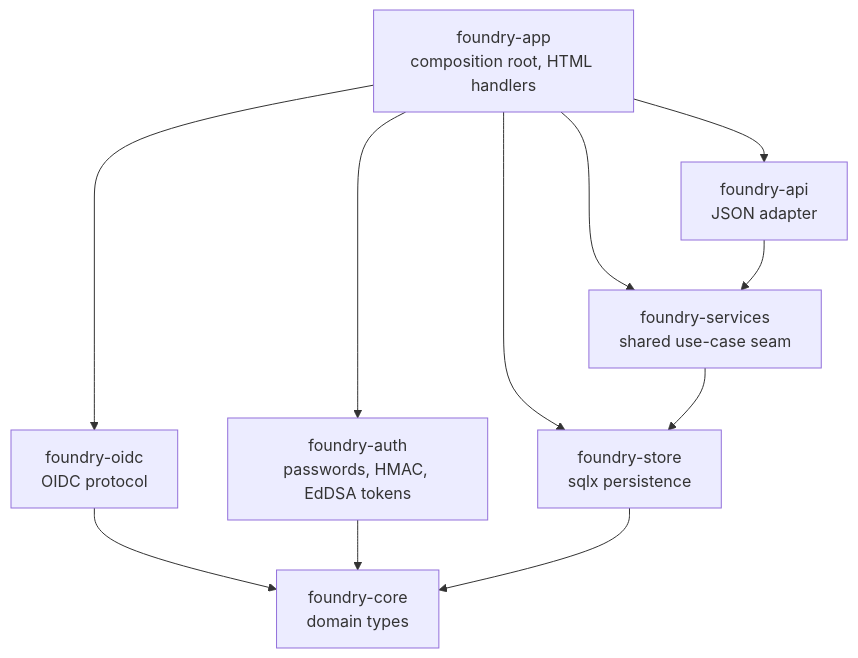
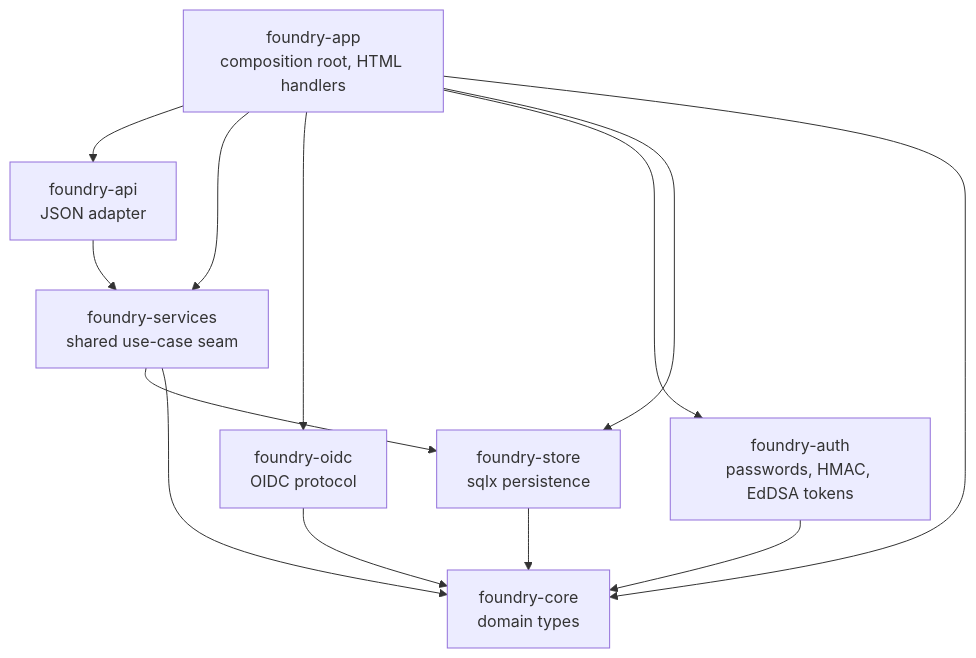
One commit to Canzan/foundry changed the first of 6 diagrams in docs/product/architecture/brief.md. Above: the diagram before and after it, drawn with Mermaid. The commit also changed other lines of this file and 18 other files, not shown here.

````diff
--- a/docs/product/architecture/brief.md
+++ b/docs/product/architecture/brief.md
@@ -368,20 +388,22 @@
 ```mermaid
 graph TB
   app[foundry-app<br/>composition root, HTML handlers]
   api[foundry-api<br/>JSON adapter]
   svc[foundry-services<br/>shared use-case seam]
   oidc[foundry-oidc<br/>OIDC protocol]
   auth[foundry-auth<br/>passwords, HMAC, EdDSA tokens]
   store[foundry-store<br/>sqlx persistence]
   core[foundry-core<br/>domain types]
   app --> api
   app --> svc
   app --> oidc
   app --> auth
   app --> store
   api --> svc
   svc --> store
+  svc --> core
+  app --> core
   oidc --> core
   auth --> core
   store --> core
 ```
````
